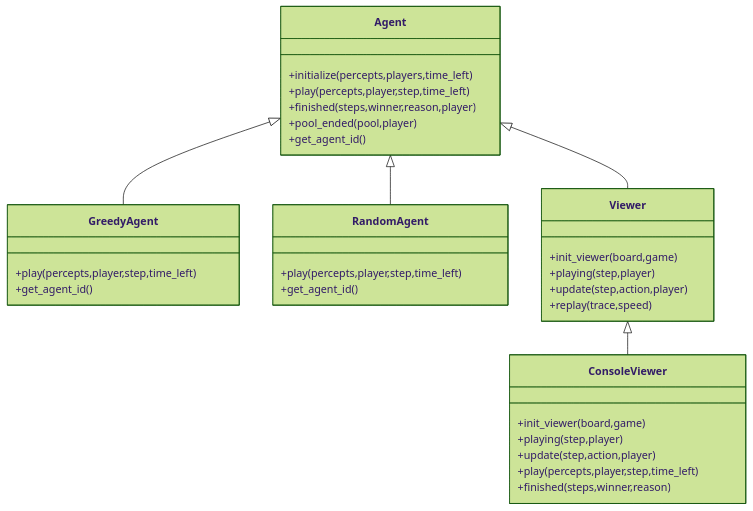
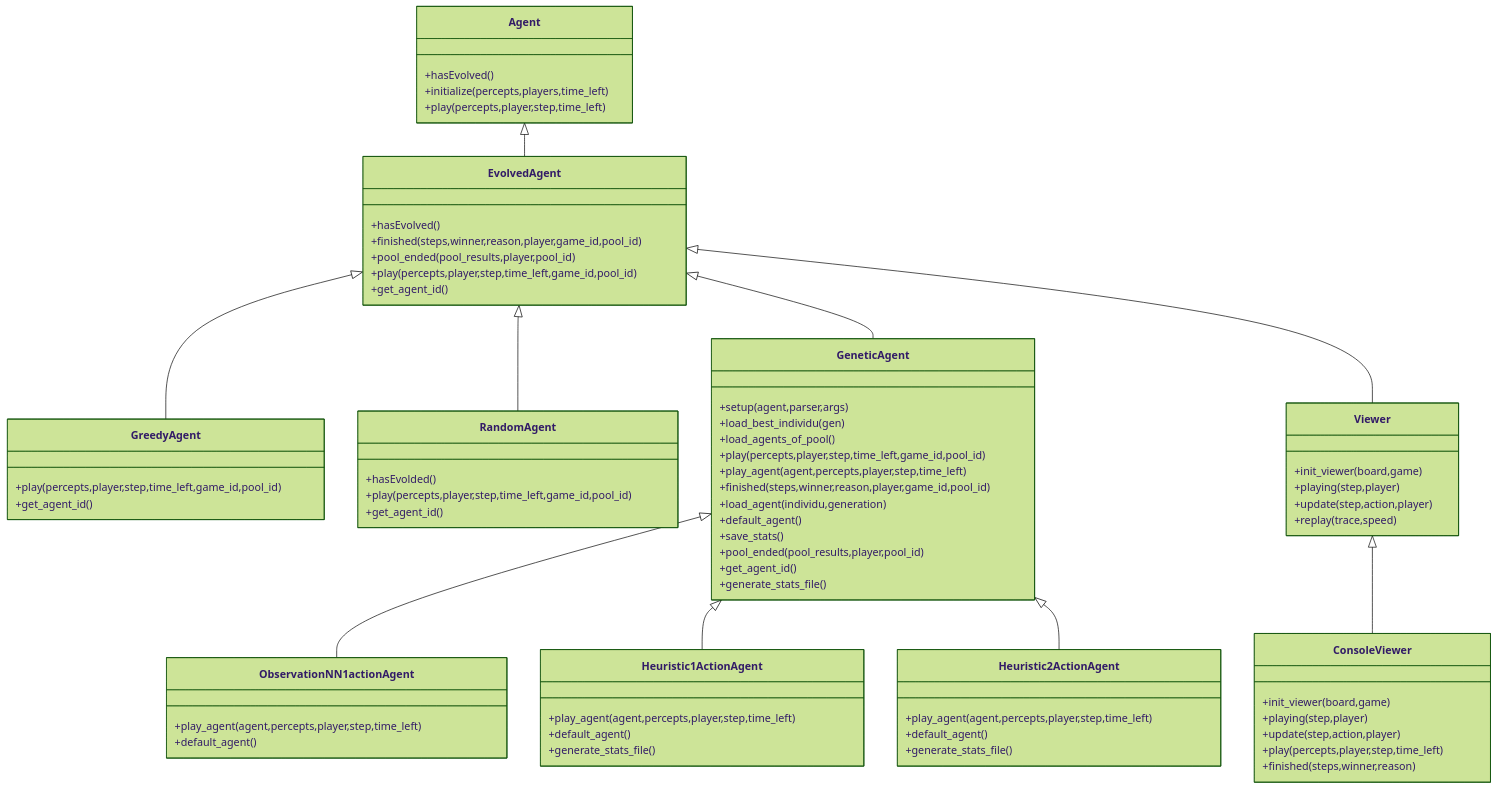
One commit to StephaneBranly/INF8215-Avalam-AI changed the diagram in README.md. Above: the diagram before and after it, drawn with Mermaid (forest theme). The commit also changed 10 other files, not shown here.

````diff
--- a/README.md
+++ b/README.md
@@ -7,21 +7,31 @@
 ```mermaid
 classDiagram
 class Agent {
+  +hasEvolved() 
   +initialize(percepts,players,time_left) 
   +play(percepts,player,step,time_left) 
-  +finished(steps,winner,reason,player) 
-  +pool_ended(pool,player) 
+}
+click Agent href "https://github.com/StephaneBranly/Avalam-AI/doc/Agent.md" "Detail of the class Agent"
+Agent <|-- EvolvedAgent
+class EvolvedAgent {
+  +hasEvolved() 
+  +finished(steps,winner,reason,player,game_id,pool_id) 
+  +pool_ended(pool_results,player,pool_id) 
+  +play(percepts,player,step,time_left,game_id,pool_id) 
   +get_agent_id() 
 }
-Agent <|-- GreedyAgent
-Agent <|-- RandomAgent
-Agent <|-- Viewer
+click EvolvedAgent href "https://github.com/StephaneBranly/Avalam-AI/doc/EvolvedAgent.md" "Detail of the class EvolvedAgent"
+EvolvedAgent <|-- GreedyAgent
+EvolvedAgent <|-- RandomAgent
+EvolvedAgent <|-- GeneticAgent
+EvolvedAgent <|-- Viewer
 class Viewer {
   +init_viewer(board,game) 
   +playing(step,player) 
   +update(step,action,player) 
   +replay(trace,speed) 
 }
+click Viewer href "https://github.com/StephaneBranly/Avalam-AI/doc/Viewer.md" "Detail of the class Viewer"
 Viewer <|-- ConsoleViewer
 class ConsoleViewer {
   +init_viewer(board,game) 
@@ -30,12 +40,51 @@
   +play(percepts,player,step,time_left) 
   +finished(steps,winner,reason) 
 }
+click ConsoleViewer href "https://github.com/StephaneBranly/Avalam-AI/doc/ConsoleViewer.md" "Detail of the class ConsoleViewer"
+class GeneticAgent {
+  +setup(agent,parser,args) 
+  +load_best_individu(gen) 
+  +load_agents_of_pool() 
+  +play(percepts,player,step,time_left,game_id,pool_id) 
+  +play_agent(agent,percepts,player,step,time_left) 
+  +finished(steps,winner,reason,player,game_id,pool_id) 
+  +load_agent(individu,generation) 
+  +default_agent() 
+  +save_stats() 
+  +pool_ended(pool_results,player,pool_id) 
+  +get_agent_id() 
+  +generate_stats_file() 
+}
+click GeneticAgent href "https://github.com/StephaneBranly/Avalam-AI/doc/GeneticAgent.md" "Detail of the class GeneticAgent"
+GeneticAgent <|-- ObservationNN1actionAgent
+GeneticAgent <|-- Heuristic1ActionAgent
+GeneticAgent <|-- Heuristic2ActionAgent
+class Heuristic2ActionAgent {
+  +play_agent(agent,percepts,player,step,time_left) 
+  +default_agent() 
+  +generate_stats_file() 
+}
+click Heuristic2ActionAgent href "https://github.com/StephaneBranly/Avalam-AI/doc/Heuristic2ActionAgent.md" "Detail of the class Heuristic2ActionAgent"
+class Heuristic1ActionAgent {
+  +play_agent(agent,percepts,player,step,time_left) 
+  +default_agent() 
+  +generate_stats_file() 
+}
+click Heuristic1ActionAgent href "https://github.com/StephaneBranly/Avalam-AI/doc/Heuristic1ActionAgent.md" "Detail of the class Heuristic1ActionAgent"
+class ObservationNN1actionAgent {
+  +play_agent(agent,percepts,player,step,time_left) 
+  +default_agent() 
+}
+click ObservationNN1actionAgent href "https://github.com/StephaneBranly/Avalam-AI/doc/ObservationNN1actionAgent.md" "Detail of the class ObservationNN1actionAgent"
 class RandomAgent {
-  +play(percepts,player,step,time_left) 
+  +hasEvolded() 
+  +play(percepts,player,step,time_left,game_id,pool_id) 
   +get_agent_id() 
 }
+click RandomAgent href "https://github.com/StephaneBranly/Avalam-AI/doc/RandomAgent.md" "Detail of the class RandomAgent"
 class GreedyAgent {
-  +play(percepts,player,step,time_left) 
+  +play(percepts,player,step,time_left,game_id,pool_id) 
   +get_agent_id() 
 }
+click GreedyAgent href "https://github.com/StephaneBranly/Avalam-AI/doc/GreedyAgent.md" "Detail of the class GreedyAgent"
 ```
````
